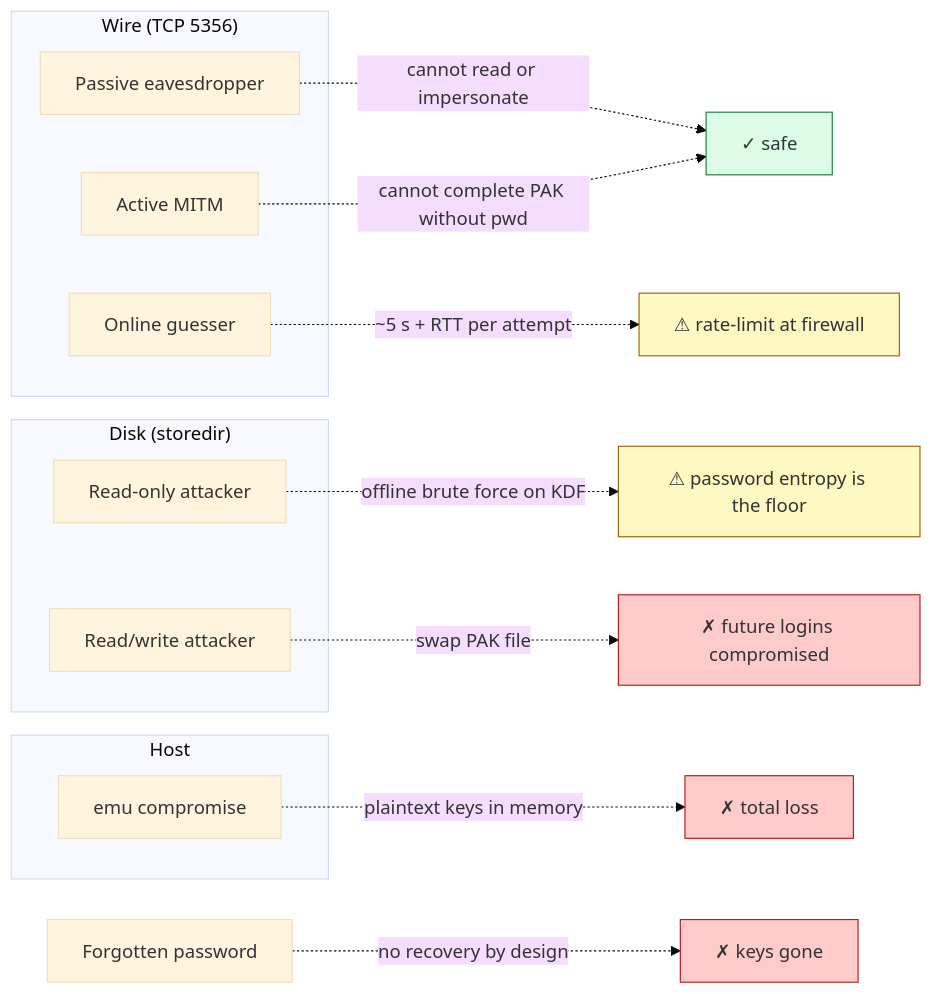
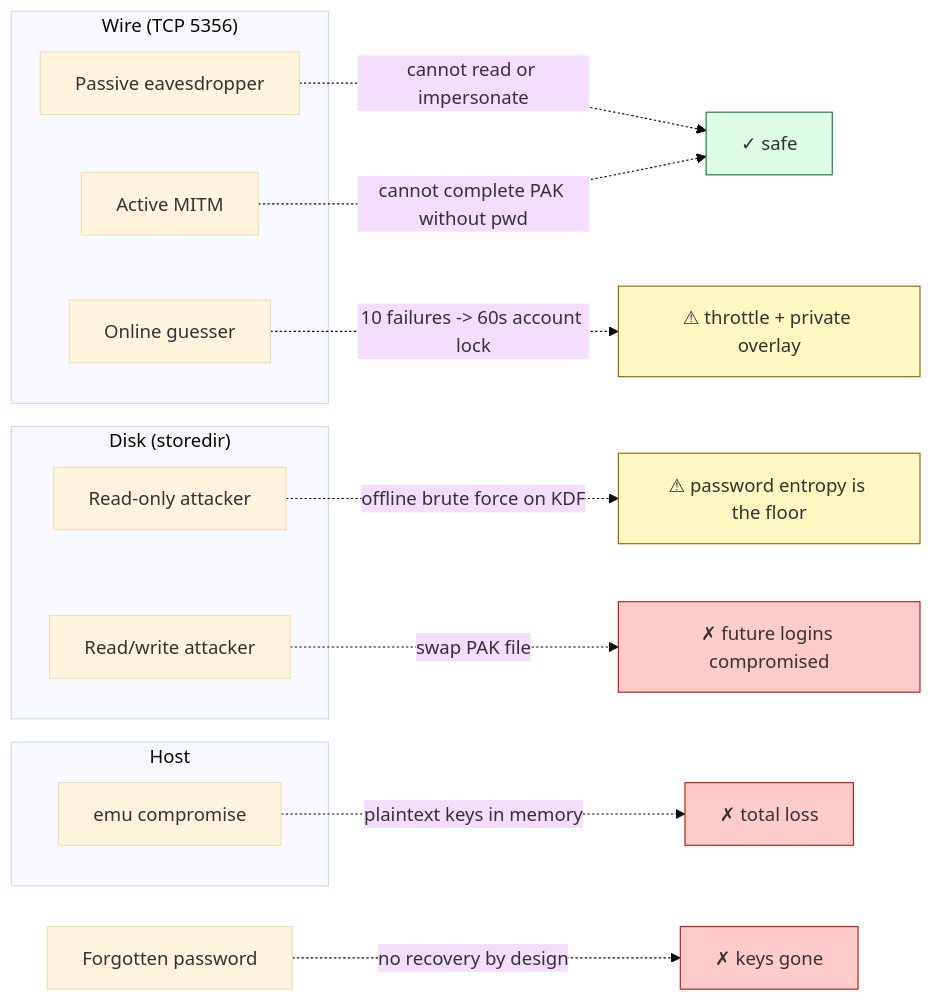
One commit to infernode-os/infernode changed diagram 12 of 12 in docs/AUTHENTICATION.md. Above: the diagram before and after it, drawn with Mermaid (base theme). The commit also changed other lines of this file and 6 other files, not shown here.

````diff
--- a/docs/AUTHENTICATION.md
+++ b/docs/AUTHENTICATION.md
@@ -559,31 +559,31 @@
 ```mermaid
 flowchart LR
     subgraph wire["Wire (TCP 5356)"]
         eve["Passive eavesdropper"]
         mallory["Active MITM"]
         guess["Online guesser"]
     end
     subgraph disk["Disk (storedir)"]
         ro["Read-only attacker"]
         rw["Read/write attacker"]
     end
     subgraph host["Host"]
         compromise["emu compromise"]
     end
     user["Forgotten password"]
 
     eve -. cannot read or impersonate .-> verdict1["✓ safe"]
     mallory -. cannot complete PAK without pwd .-> verdict1
-    guess -. ~5 s + RTT per attempt .-> verdict2["⚠ rate-limit at firewall"]
+    guess -. 10 failures -> 60s account lock .-> verdict2["⚠ throttle + private overlay"]
     ro -. offline brute force on KDF .-> verdict3["⚠ password entropy is the floor"]
     rw -. swap PAK file .-> verdict4["✗ future logins compromised"]
     compromise -. plaintext keys in memory .-> verdict5["✗ total loss"]
     user -. no recovery by design .-> verdict6["✗ keys gone"]
 
     classDef safe fill:#dcfce7,stroke:#15803d
     classDef warn fill:#fef9c3,stroke:#a16207
     classDef bad fill:#fecaca,stroke:#b91c1c
     class verdict1 safe
     class verdict2,verdict3 warn
     class verdict4,verdict5,verdict6 bad
 ```
````
